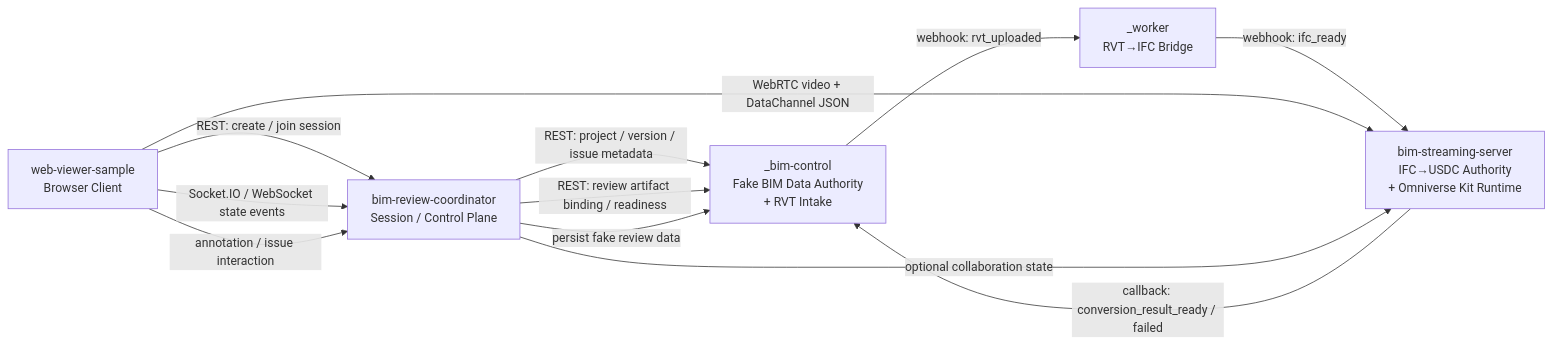
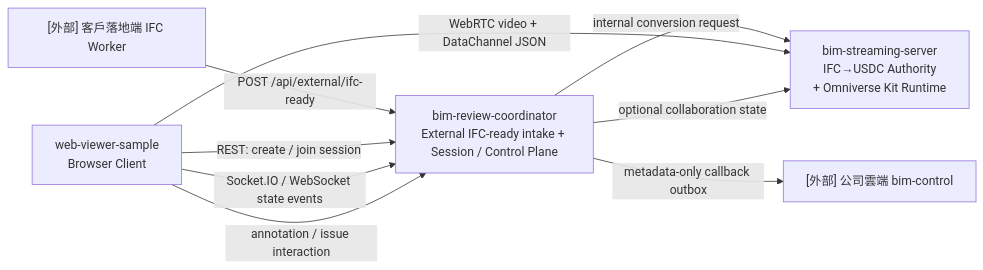
Before and after one commit to monkey1sai/AI-BIM-governance: the first of 6 diagrams in AGENTS.md, drawn with Mermaid. The commit also changed other lines of this file and 55 other files, not shown here.

Commit message:
fix(coordinator): 收斂 PR review 安全與 B 方案驗證缺口

````diff
--- a/AGENTS.md
+++ b/AGENTS.md
@@ -239,20 +228,17 @@
 ```mermaid
 flowchart LR
-    BC["_bim-control\nFake BIM Data Authority\n+ RVT Intake"]
-    WK["_worker\nRVT→IFC Bridge"]
-    CO["bim-review-coordinator\nSession / Control Plane"]
+    EDGE["[外部] 客戶落地端 IFC Worker"]
+    CLOUD["[外部] 公司雲端 bim-control"]
+    CO["bim-review-coordinator\nExternal IFC-ready intake + Session / Control Plane"]
     KIT["bim-streaming-server\nIFC→USDC Authority\n+ Omniverse Kit Runtime"]
     WV["web-viewer-sample\nBrowser Client"]
 
+    EDGE -->|POST /api/external/ifc-ready| CO
+    CO -->|internal conversion request| KIT
+    CO -->|metadata-only callback outbox| CLOUD
     WV -->|REST: create / join session| CO
-    CO -->|REST: project / version / issue metadata| BC
-    CO -->|REST: review artifact binding / readiness| BC
-    BC -->|webhook: rvt_uploaded| WK
-    WK -->|webhook: ifc_ready| KIT
-    KIT -->|callback: conversion_result_ready / failed| BC
     WV -->|WebRTC video + DataChannel JSON| KIT
     WV -->|Socket.IO / WebSocket state events| CO
     CO -->|optional collaboration state| KIT
     WV -->|annotation / issue interaction| CO
-    CO -->|persist fake review data| BC
 ```
````
